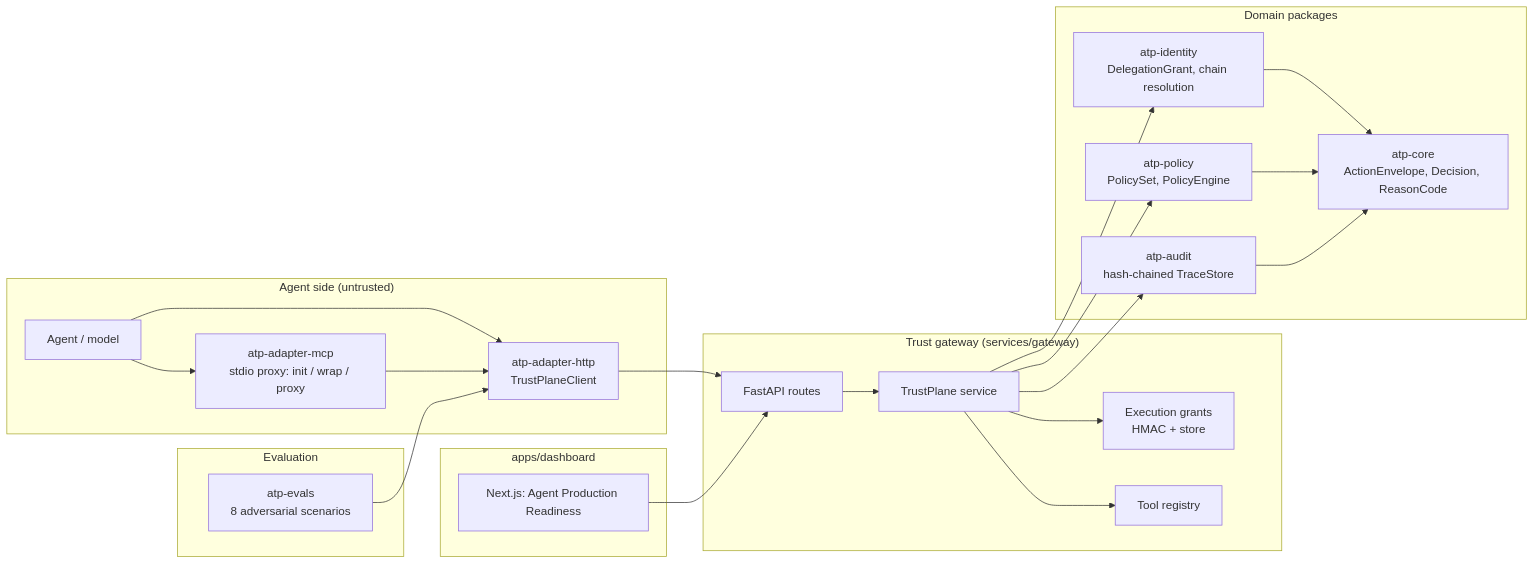
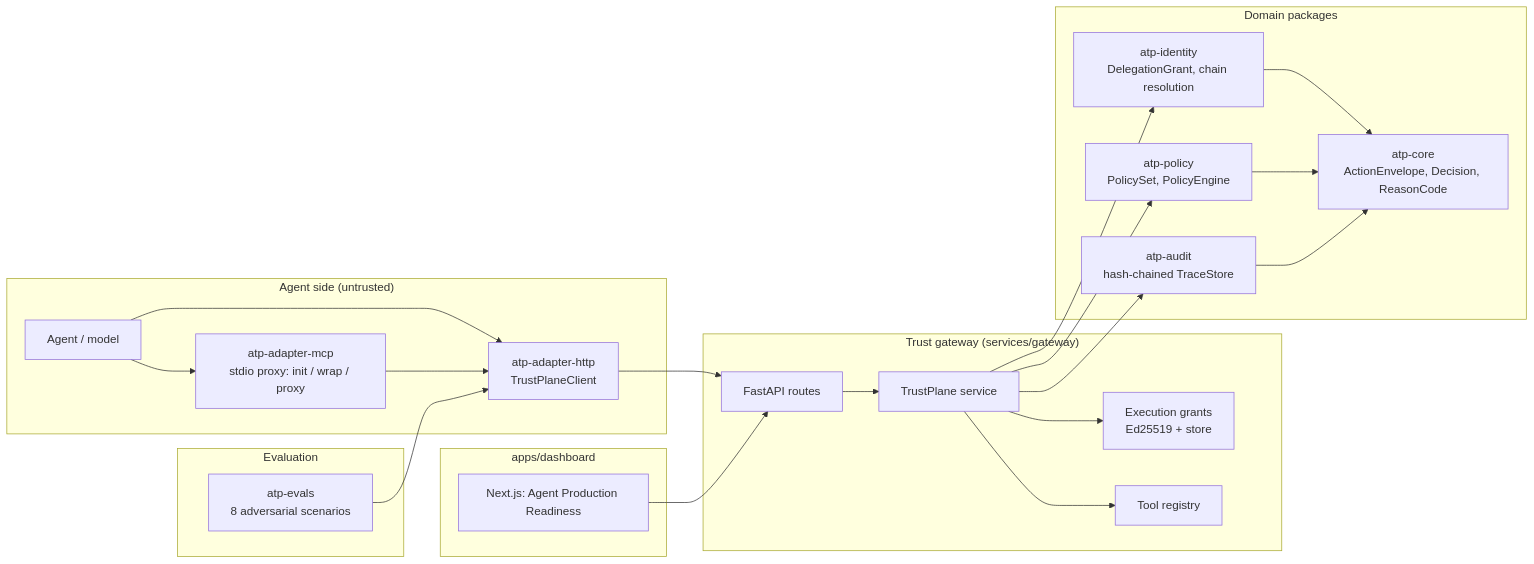
Before and after one commit to TimelessVisions/agent-trust-plane: the first of 3 diagrams in docs/architecture/architecture.md, drawn with Mermaid. The commit also changed other lines of this file and 39 other files, not shown here.

First line of the commit message:
feat!: Ed25519 execution grants with key ids and rotation

````diff
--- a/docs/architecture/architecture.md
+++ b/docs/architecture/architecture.md
@@ -9,44 +9,44 @@
 ```mermaid
 flowchart LR
     subgraph Agents["Agent side (untrusted)"]
         A[Agent / model]
         SDK[atp-adapter-http<br/>TrustPlaneClient]
         MCP[atp-adapter-mcp<br/>stdio proxy: init / wrap / proxy]
     end
 
     subgraph Gateway["Trust gateway (services/gateway)"]
         API[FastAPI routes]
         TP[TrustPlane service]
-        G[Execution grants<br/>HMAC + store]
+        G[Execution grants<br/>Ed25519 + store]
         T[Tool registry]
     end
 
     subgraph Packages["Domain packages"]
         CORE[atp-core<br/>ActionEnvelope, Decision, ReasonCode]
         ID[atp-identity<br/>DelegationGrant, chain resolution]
         POL[atp-policy<br/>PolicySet, PolicyEngine]
         AUD[atp-audit<br/>hash-chained TraceStore]
     end
 
     subgraph Eval["Evaluation"]
         EV[atp-evals<br/>8 adversarial scenarios]
     end
 
     subgraph UI["apps/dashboard"]
         D[Next.js: Agent Production Readiness]
     end
 
     A --> SDK --> API
     A --> MCP --> SDK
     API --> TP
     TP --> ID
     TP --> POL
     TP --> AUD
     TP --> G
     TP --> T
     ID --> CORE
     POL --> CORE
     AUD --> CORE
     EV --> SDK
     D --> API
 ```
````
